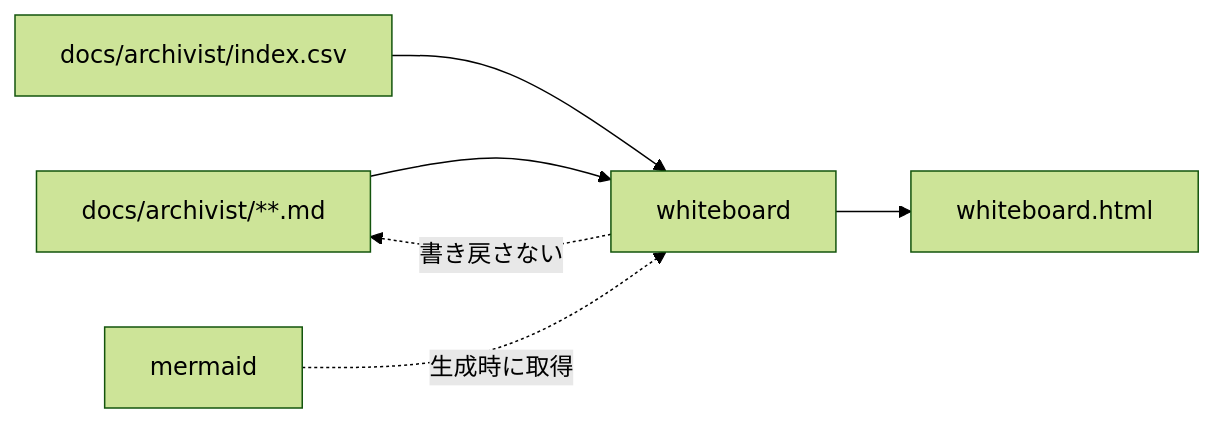
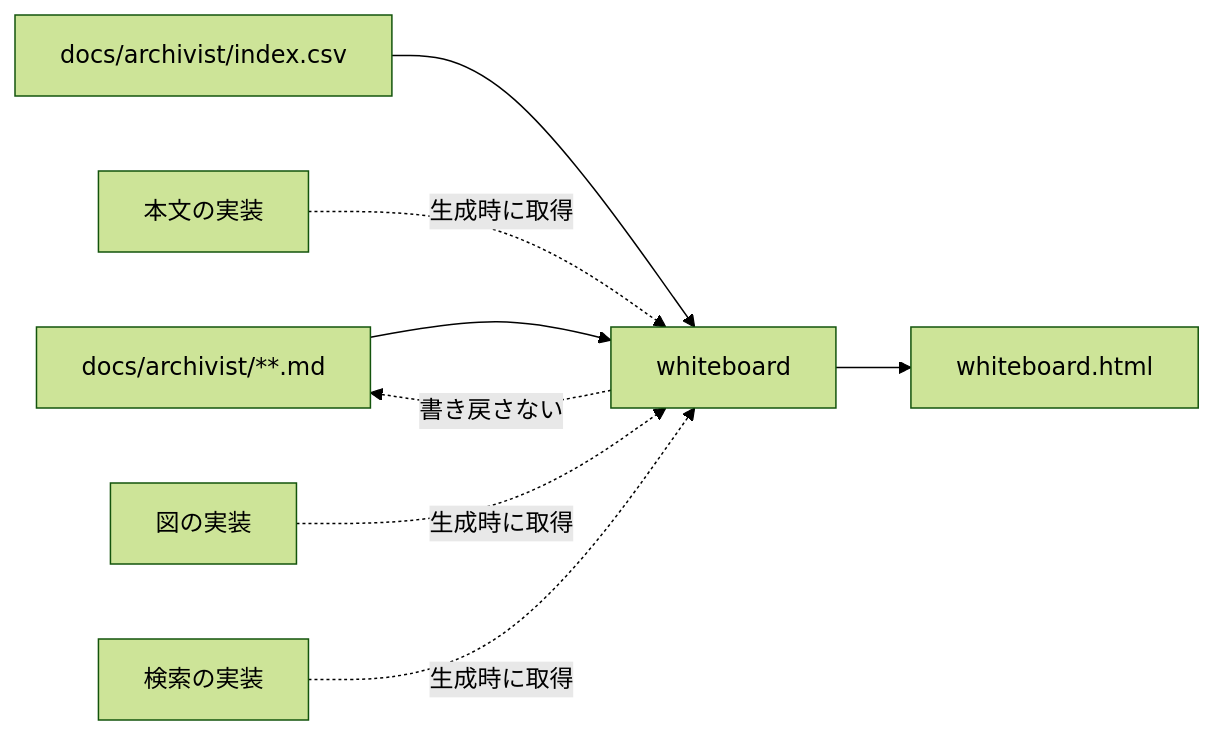
Before and after one commit to gameundwatch/archivist: the first of 6 diagrams in docs/archivist/L3_structures/whiteboard.md, drawn with Mermaid (forest theme). The commit also changed other lines of this file and 11 other files, not shown here.

````diff
--- a/docs/archivist/L3_structures/whiteboard.md
+++ b/docs/archivist/L3_structures/whiteboard.md
@@ -7,8 +7,10 @@
 ```mermaid
 flowchart LR
     MD["docs/archivist/**.md"] --> GEN["whiteboard"]
     IDX["docs/archivist/index.csv"] --> GEN
-    LIB["mermaid"] -.生成時に取得.-> GEN
+    MDLIB["本文の実装"] -.生成時に取得.-> GEN
+    FIGLIB["図の実装"] -.生成時に取得.-> GEN
+    FINDLIB["検索の実装"] -.生成時に取得.-> GEN
     GEN --> OUT["whiteboard.html"]
     GEN -.書き戻さない.-> MD
 ```
````
